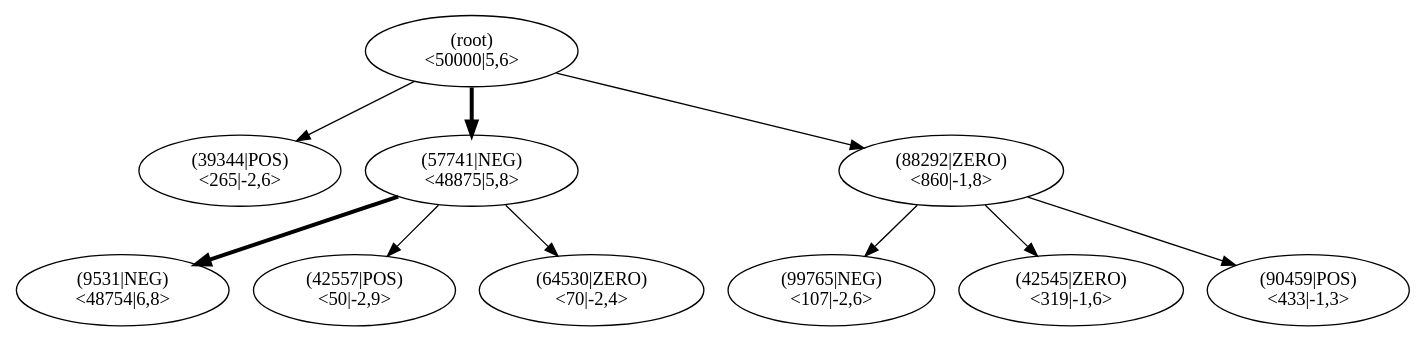
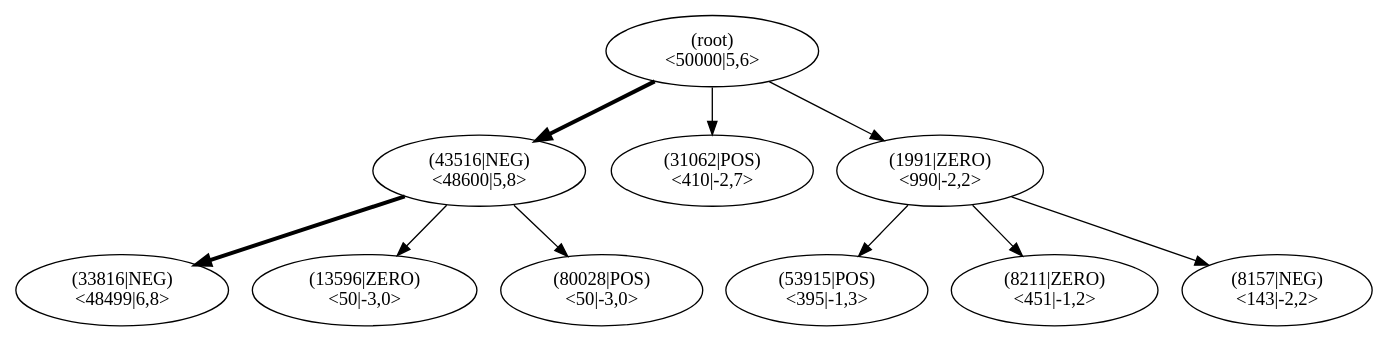
The diagram in pictures/ch13/lane_test_mcts.dot (JonasHellgren/relexp-java), drawn with Graphviz before and after one commit. The commit also changed 8 other files, not shown here.

```diff
--- a/pictures/ch13/lane_test_mcts.dot
+++ b/pictures/ch13/lane_test_mcts.dot
@@ -1,32 +1,32 @@
 digraph MCTS {
 node [shape=ellipse];
 Nroot [label="(root)
 <50000|5,6>"];
-Nroot -> N39344[penwidth=1];
-N39344 [label="(39344|POS)
-<265|-2,6>"];
-Nroot -> N57741[penwidth=3];
-N57741 [label="(57741|NEG)
-<48875|5,8>"];
-N57741 -> N9531[penwidth=3];
-N9531 [label="(9531|NEG)
-<48754|6,8>"];
-N57741 -> N42557[penwidth=1];
-N42557 [label="(42557|POS)
-<50|-2,9>"];
-N57741 -> N64530[penwidth=1];
-N64530 [label="(64530|ZERO)
-<70|-2,4>"];
-Nroot -> N88292[penwidth=1];
-N88292 [label="(88292|ZERO)
-<860|-1,8>"];
-N88292 -> N99765[penwidth=1];
-N99765 [label="(99765|NEG)
-<107|-2,6>"];
-N88292 -> N42545[penwidth=1];
-N42545 [label="(42545|ZERO)
-<319|-1,6>"];
-N88292 -> N90459[penwidth=1];
-N90459 [label="(90459|POS)
-<433|-1,3>"];
+Nroot -> N43516[penwidth=3];
+N43516 [label="(43516|NEG)
+<48600|5,8>"];
+N43516 -> N33816[penwidth=3];
+N33816 [label="(33816|NEG)
+<48499|6,8>"];
+N43516 -> N13596[penwidth=1];
+N13596 [label="(13596|ZERO)
+<50|-3,0>"];
+N43516 -> N80028[penwidth=1];
+N80028 [label="(80028|POS)
+<50|-3,0>"];
+Nroot -> N31062[penwidth=1];
+N31062 [label="(31062|POS)
+<410|-2,7>"];
+Nroot -> N1991[penwidth=1];
+N1991 [label="(1991|ZERO)
+<990|-2,2>"];
+N1991 -> N53915[penwidth=1];
+N53915 [label="(53915|POS)
+<395|-1,3>"];
+N1991 -> N8211[penwidth=1];
+N8211 [label="(8211|ZERO)
+<451|-1,2>"];
+N1991 -> N8157[penwidth=1];
+N8157 [label="(8157|NEG)
+<143|-2,2>"];
 }
```
